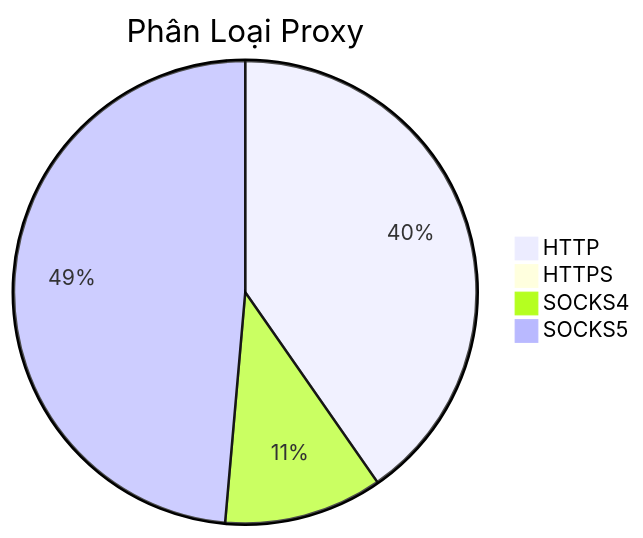
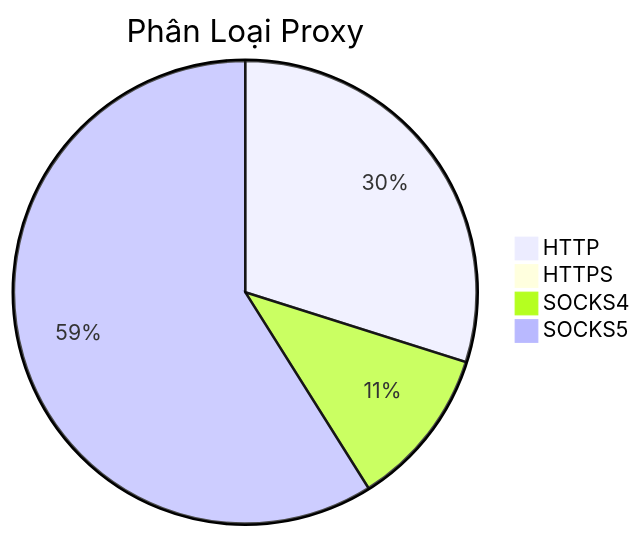
The diagram in README.md (Ciara-12/PROXY-free), drawn with Mermaid before and after one commit. The commit also changed other lines of this file and 3 other files, not shown here.

````diff
--- a/README.md
+++ b/README.md
@@ -26,7 +26,7 @@
 ```mermaid
 pie title Phân Loại Proxy
-    "HTTP" : 915
+    "HTTP" : 799
     "HTTPS" : 1
-    "SOCKS4" : 251
-    "SOCKS5" : 1103
+    "SOCKS4" : 299
+    "SOCKS5" : 1576
 ```
````
